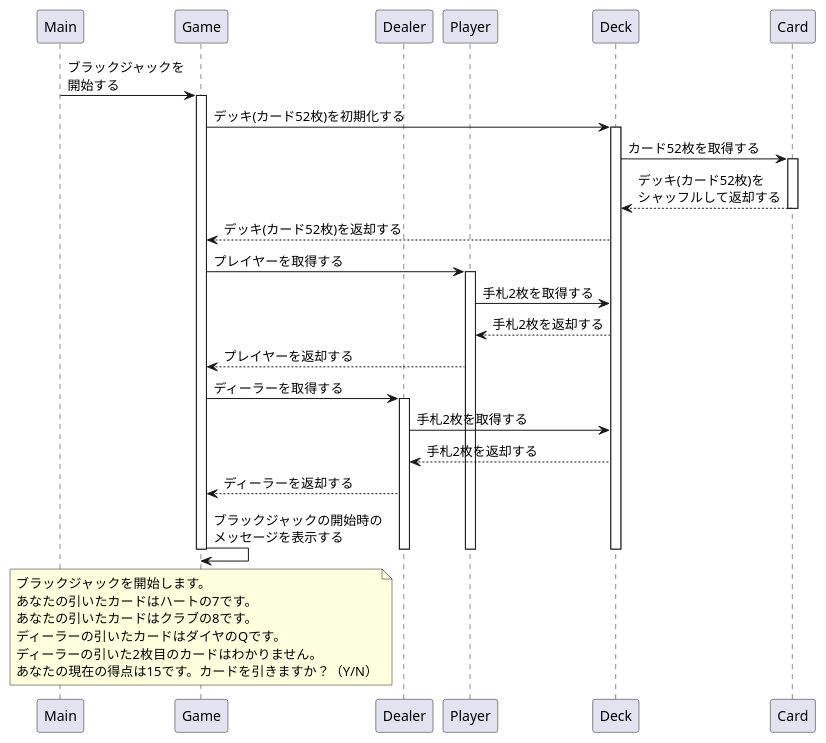
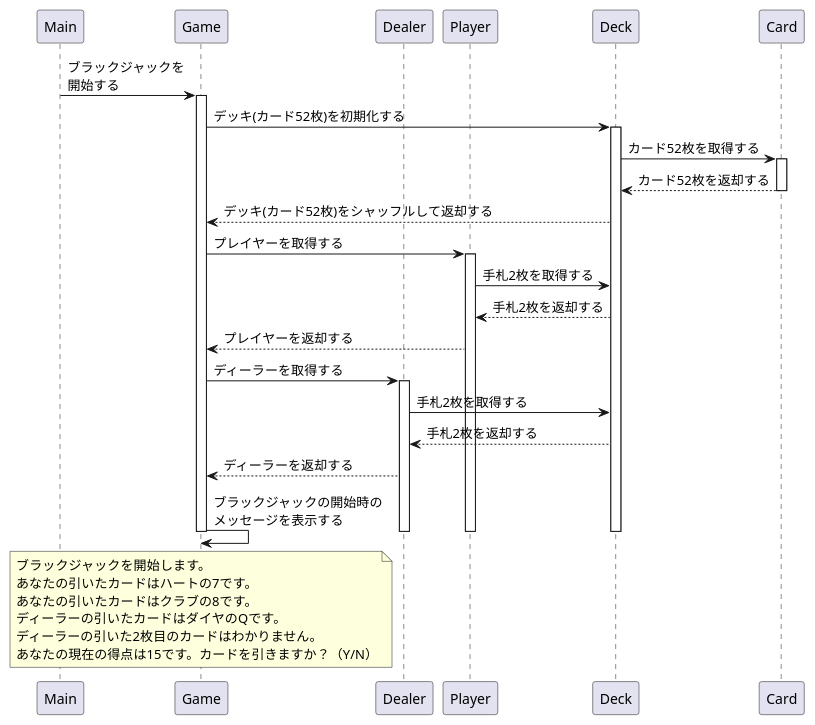
The diagram in src/docs/sequence.plantuml (ryamate/php-oop-cli-blackjack), drawn with PlantUML before and after one commit. The commit also changed 5 other files, not shown here.

```diff
--- a/src/docs/sequence.plantuml
+++ b/src/docs/sequence.plantuml
@@ -1,48 +1,48 @@
 @startuml Blackjack
 participant Main order 10
 participant Game order 20
 participant Dealer order 30
 participant Player order 40
 participant Deck order 50
 participant Card order 60
 
 skinparam responseMessageBelowArrow true
 Main -> Game : ブラックジャックを\n開始する
 activate Game
 Game -> Deck : デッキ(カード52枚)を初期化する
 activate Deck
 Deck -> Card : カード52枚を取得する
 activate Card
-Card --> Deck : デッキ(カード52枚)を\nシャッフルして返却する
+Card --> Deck : カード52枚を返却する
 deactivate Card
-Deck --> Game : デッキ(カード52枚)を返却する
+Deck --> Game : デッキ(カード52枚)をシャッフルして返却する
 
 Game -> Player : プレイヤーを取得する
 activate Player
 Player -> Deck : 手札2枚を取得する
 Deck --> Player : 手札2枚を返却する
 Player --> Game : プレイヤーを返却する
 
 Game ->  Dealer : ディーラーを取得する
 activate  Dealer
 Dealer -> Deck : 手札2枚を取得する
 Deck --> Dealer : 手札2枚を返却する
 Dealer --> Game : ディーラーを返却する
 
 Game ->  Game : ブラックジャックの開始時の\nメッセージを表示する
 
 note over Game
 ブラックジャックを開始します。
 あなたの引いたカードはハートの7です。
 あなたの引いたカードはクラブの8です。
 ディーラーの引いたカードはダイヤのQです。
 ディーラーの引いた2枚目のカードはわかりません。
 あなたの現在の得点は15です。カードを引きますか？（Y/N）
 end note
 
 deactivate Deck
 deactivate Game
 deactivate Dealer
 deactivate Player
 
 @enduml
```
